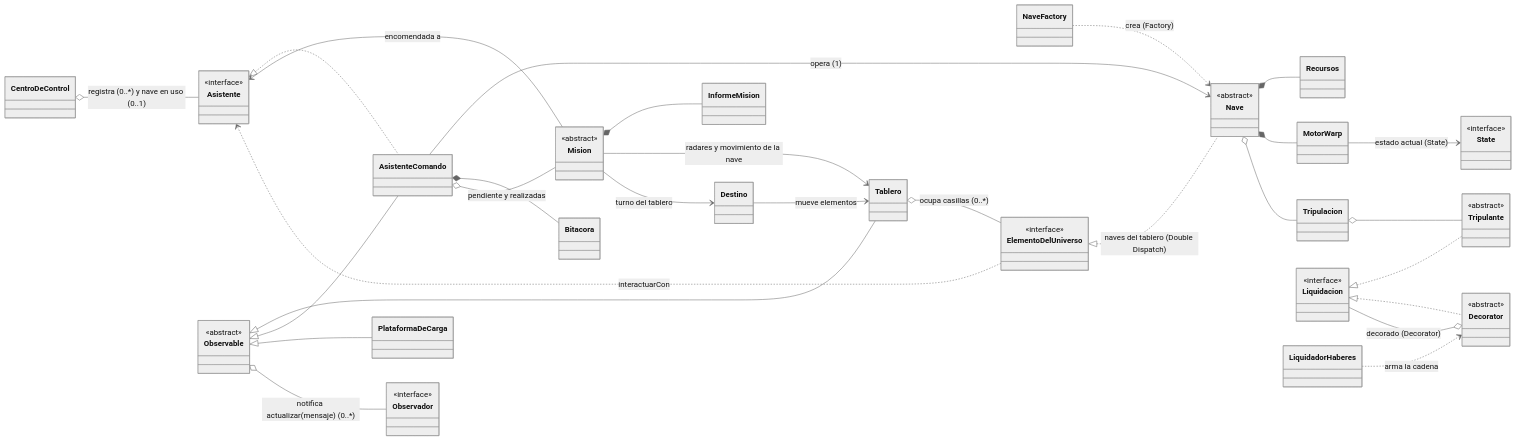
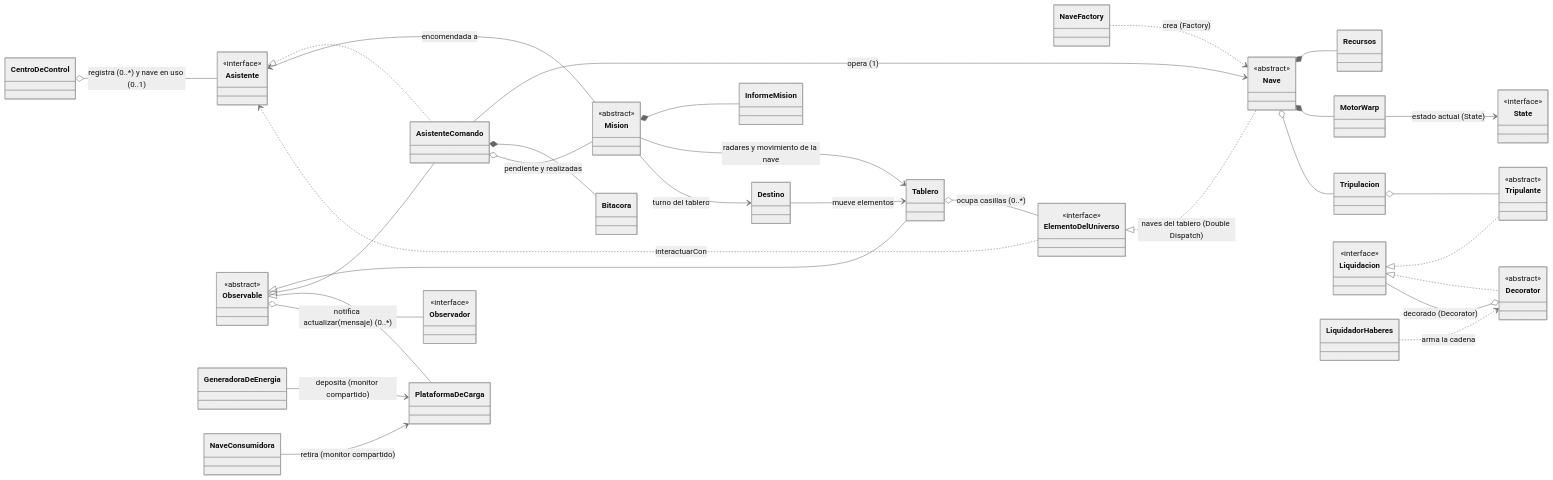
Before and after one commit to josesarregui/tpg-programacion-c-nave: the first of 11 diagrams in docs/diagrama_clases.md, drawn with Mermaid (neutral theme). The commit also changed other lines of this file and 13 other files, not shown here.

Commit message:
Paso 5 E2: monitor PlataformaDeCarga e hilos productor-consumidor completos

````diff
--- a/docs/diagrama_clases.md
+++ b/docs/diagrama_clases.md
@@ -13,64 +13,68 @@
 ```mermaid
 classDiagram
     direction LR
     class CentroDeControl
     class Asistente
     <<interface>> Asistente
     class AsistenteComando
     class Nave
     <<abstract>> Nave
     class NaveFactory
     class MotorWarp
     class State
     <<interface>> State
     class Recursos
     class Tripulacion
     class Tripulante
     <<abstract>> Tripulante
     class Bitacora
     class Mision
     <<abstract>> Mision
     class InformeMision
     class Liquidacion
     <<interface>> Liquidacion
     class Decorator
     <<abstract>> Decorator
     class LiquidadorHaberes
     class ElementoDelUniverso
     <<interface>> ElementoDelUniverso
     class Tablero
     class Destino
     class Observable
     <<abstract>> Observable
     class Observador
     <<interface>> Observador
     class PlataformaDeCarga
+    class GeneradoraDeEnergia
+    class NaveConsumidora
 
     Observable <|-- Tablero
     Observable <|-- AsistenteComando
     Observable <|-- PlataformaDeCarga
     Observable o-- Observador : notifica actualizar(mensaje) (0..*)
     CentroDeControl o-- Asistente : registra (0..*) y nave en uso (0..1)
     Asistente <|.. AsistenteComando
     AsistenteComando --> Nave : opera (1)
     AsistenteComando *-- Bitacora
     AsistenteComando o-- Mision : pendiente y realizadas
     Mision --> Asistente : encomendada a
     Mision *-- InformeMision
     Mision --> Tablero : radares y movimiento de la nave
     Mision --> Destino : turno del tablero
     NaveFactory ..> Nave : crea (Factory)
     Nave *-- Recursos
     Nave *-- MotorWarp
     MotorWarp --> State : estado actual (State)
     Nave o-- Tripulacion
     Tripulacion o-- Tripulante
     Liquidacion <|.. Tripulante
     Liquidacion <|.. Decorator
     Decorator o-- Liquidacion : decorado (Decorator)
     LiquidadorHaberes ..> Decorator : arma la cadena
     Tablero o-- ElementoDelUniverso : ocupa casillas (0..*)
     Destino --> Tablero : mueve elementos
     ElementoDelUniverso ..> Asistente : interactuarCon
     ElementoDelUniverso <|.. Nave : naves del tablero (Double Dispatch)
+    GeneradoraDeEnergia --> PlataformaDeCarga : deposita (monitor compartido)
+    NaveConsumidora --> PlataformaDeCarga : retira (monitor compartido)
 ```
````
